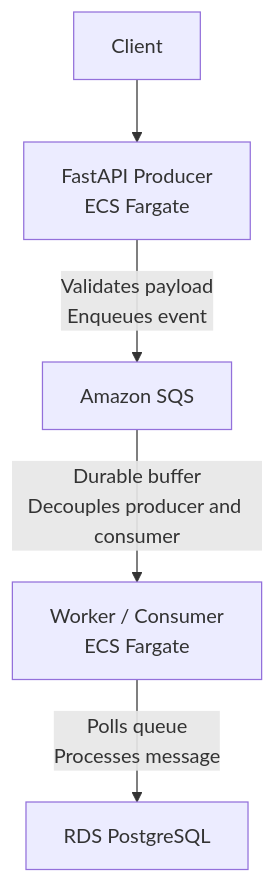
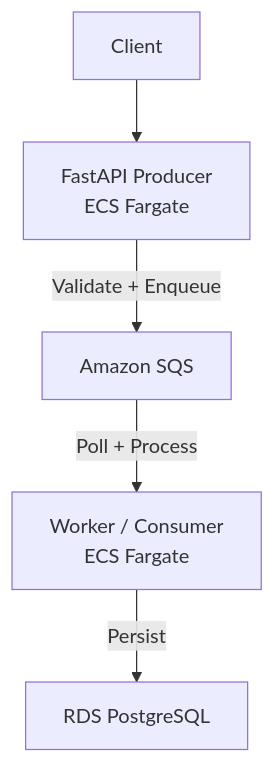
Before and after one commit to suzaladhikari/eventgateway: the diagram in README.md, drawn with Mermaid. The commit also changed other lines of this file, not shown here.

````diff
--- a/README.md
+++ b/README.md
@@ -20,7 +9,7 @@
 ```mermaid
 flowchart TD
     A[Client] --> B[FastAPI Producer<br/>ECS Fargate]
-    B -->|Validates payload<br/>Enqueues event| C[Amazon SQS]
-    C -->|Durable buffer<br/>Decouples producer and consumer| D[Worker / Consumer<br/>ECS Fargate]
-    D -->|Polls queue<br/>Processes message| E[RDS PostgreSQL]
+    B -->|Validate + Enqueue| C[Amazon SQS]
+    C -->|Poll + Process| D[Worker / Consumer<br/>ECS Fargate]
+    D -->|Persist| E[RDS PostgreSQL]
 ```
````
